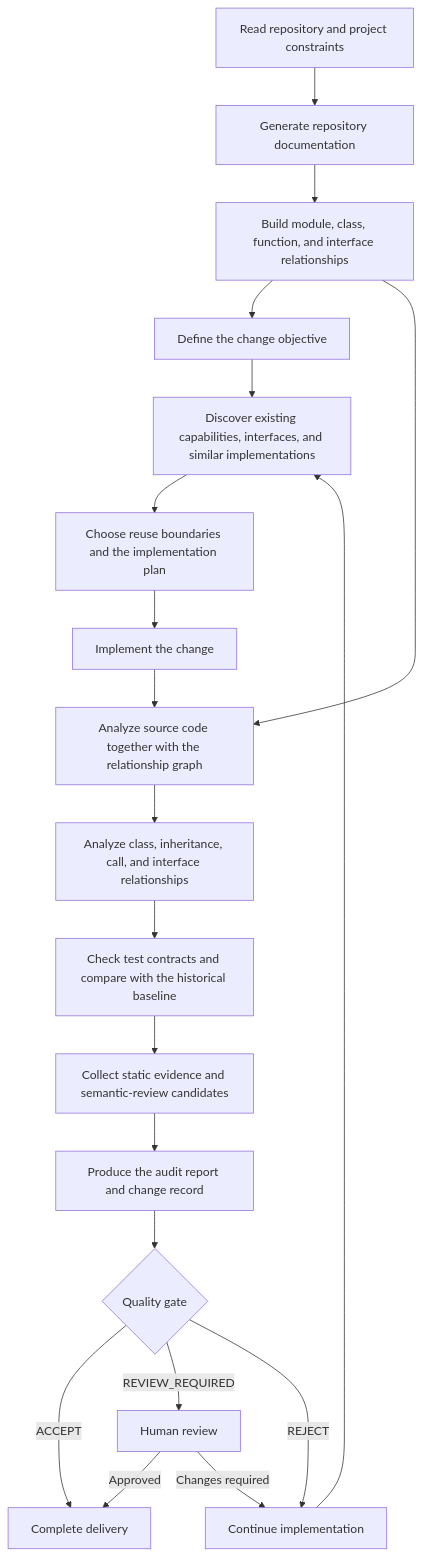
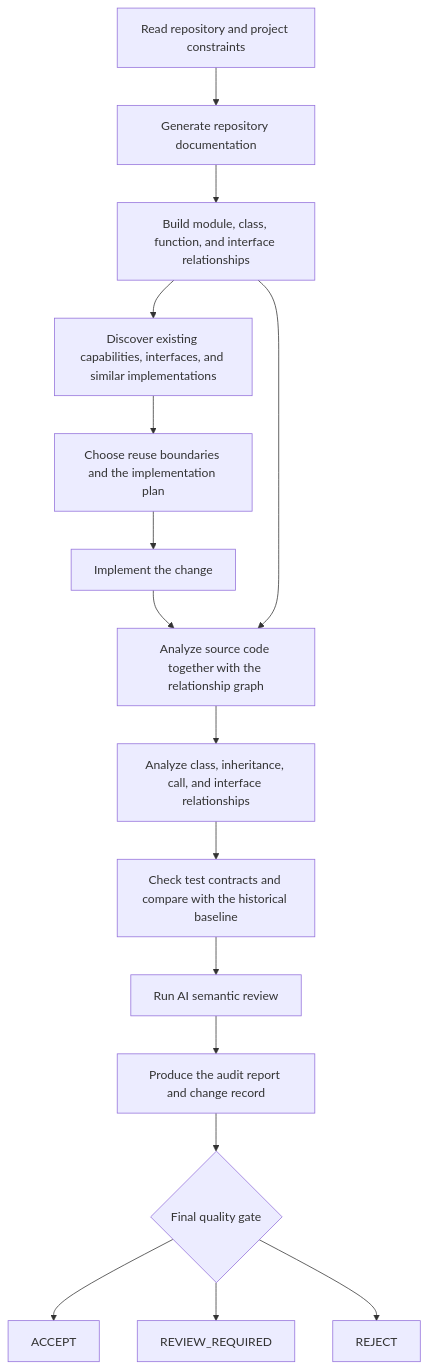
Before and after one commit to shijunfeng00/repository-quality-guard: the first of 2 diagrams in README.md, drawn with Mermaid. The commit also changed other lines of this file and 2 other files, not shown here.

````diff
--- a/README.md
+++ b/README.md
@@ -32,30 +47,26 @@
 ```mermaid
 flowchart TD
     A[Read repository and project constraints]
     B[Generate repository documentation]
     C[Build module, class, function, and interface relationships]
-    D[Define the change objective]
-    E[Discover existing capabilities, interfaces, and similar implementations]
-    F[Choose reuse boundaries and the implementation plan]
-    G[Implement the change]
-    H[Analyze source code together with the relationship graph]
-    I[Analyze class, inheritance, call, and interface relationships]
-    J[Check test contracts and compare with the historical baseline]
-    K[Collect static evidence and semantic-review candidates]
-    L[Produce the audit report and change record]
-    M{Quality gate}
-    N[Complete delivery]
-    O[Human review]
-    P[Continue implementation]
+    D[Discover existing capabilities, interfaces, and similar implementations]
+    E[Choose reuse boundaries and the implementation plan]
+    F[Implement the change]
+    G[Analyze source code together with the relationship graph]
+    H[Analyze class, inheritance, call, and interface relationships]
+    I[Check test contracts and compare with the historical baseline]
+    J[Run AI semantic review]
+    K[Produce the audit report and change record]
+    L{Final quality gate}
+    M[ACCEPT]
+    N[REVIEW_REQUIRED]
+    O[REJECT]
 
-    A --> B --> C --> D --> E --> F --> G
-    G --> H
-    C --> H
-    H --> I --> J --> K --> L --> M
-    M -->|ACCEPT| N
-    M -->|REVIEW_REQUIRED| O
-    M -->|REJECT| P
-    O -->|Approved| N
-    O -->|Changes required| P
-    P --> E
+    A --> B --> C --> D --> E --> F
+    F --> G
+    C --> G
+    G --> H --> I --> J --> K --> L
+    L --> M
+    L --> N
+    L --> O
 ```
````
